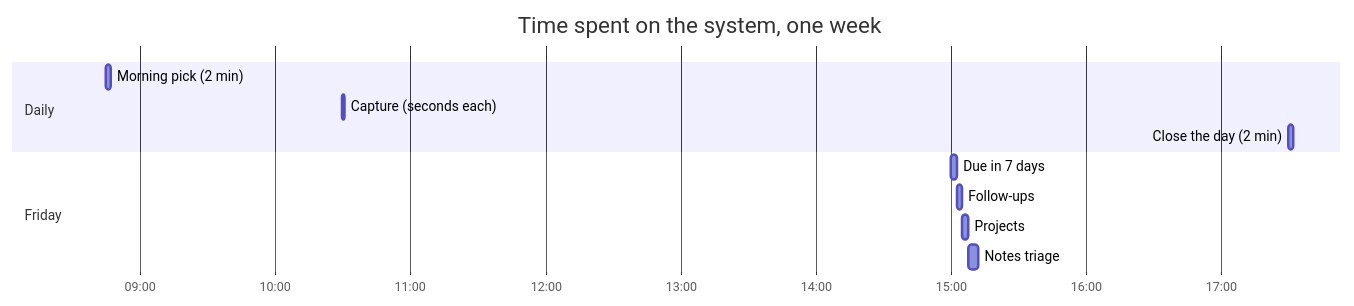
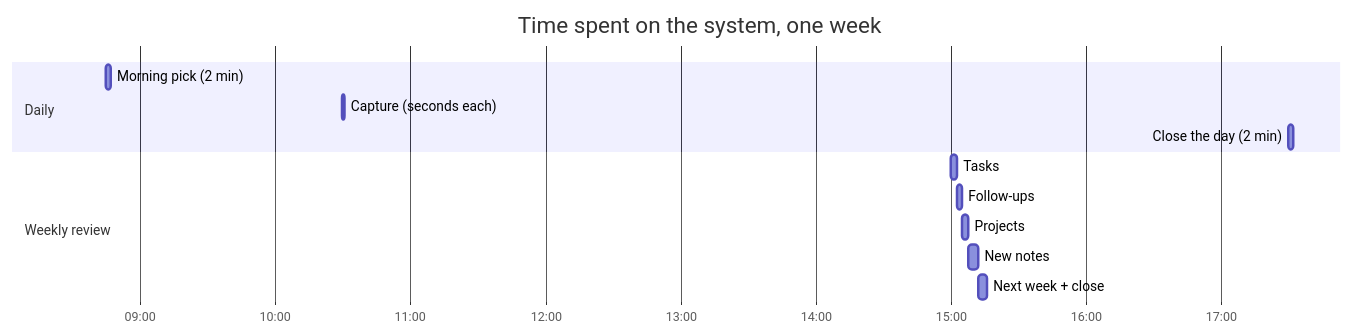
Before and after one commit to dcop7/tips_and_guides: the fifth of 5 diagrams in workflow/example-workspace.md, drawn with Mermaid. The commit also changed other lines of this file, not shown here.

````diff
--- a/workflow/example-workspace.md
+++ b/workflow/example-workspace.md
@@ -707,15 +762,16 @@
 ```mermaid
 gantt
     title Time spent on the system, one week
     dateFormat HH:mm
     axisFormat %H:%M
     section Daily
     Morning pick (2 min)      :08:45, 2m
     Capture (seconds each)    :10:30, 1m
     Close the day (2 min)     :17:30, 2m
-    section Friday
-    Due in 7 days             :15:00, 3m
+    section Weekly review
+    Tasks                     :15:00, 3m
     Follow-ups                :15:03, 2m
     Projects                  :15:05, 3m
-    Notes triage              :15:08, 4m
+    New notes                 :15:08, 4m
+    Next week + close         :15:12, 4m
 ```
````
